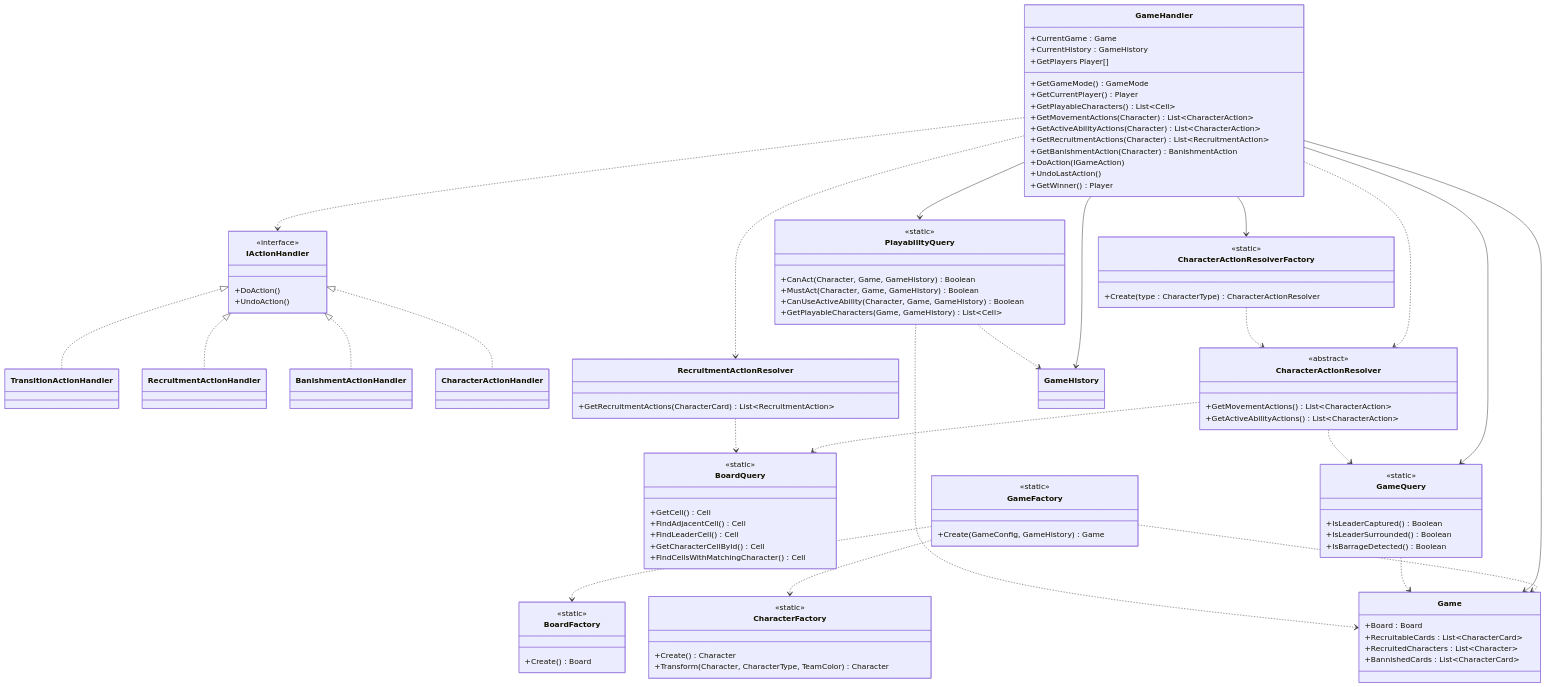
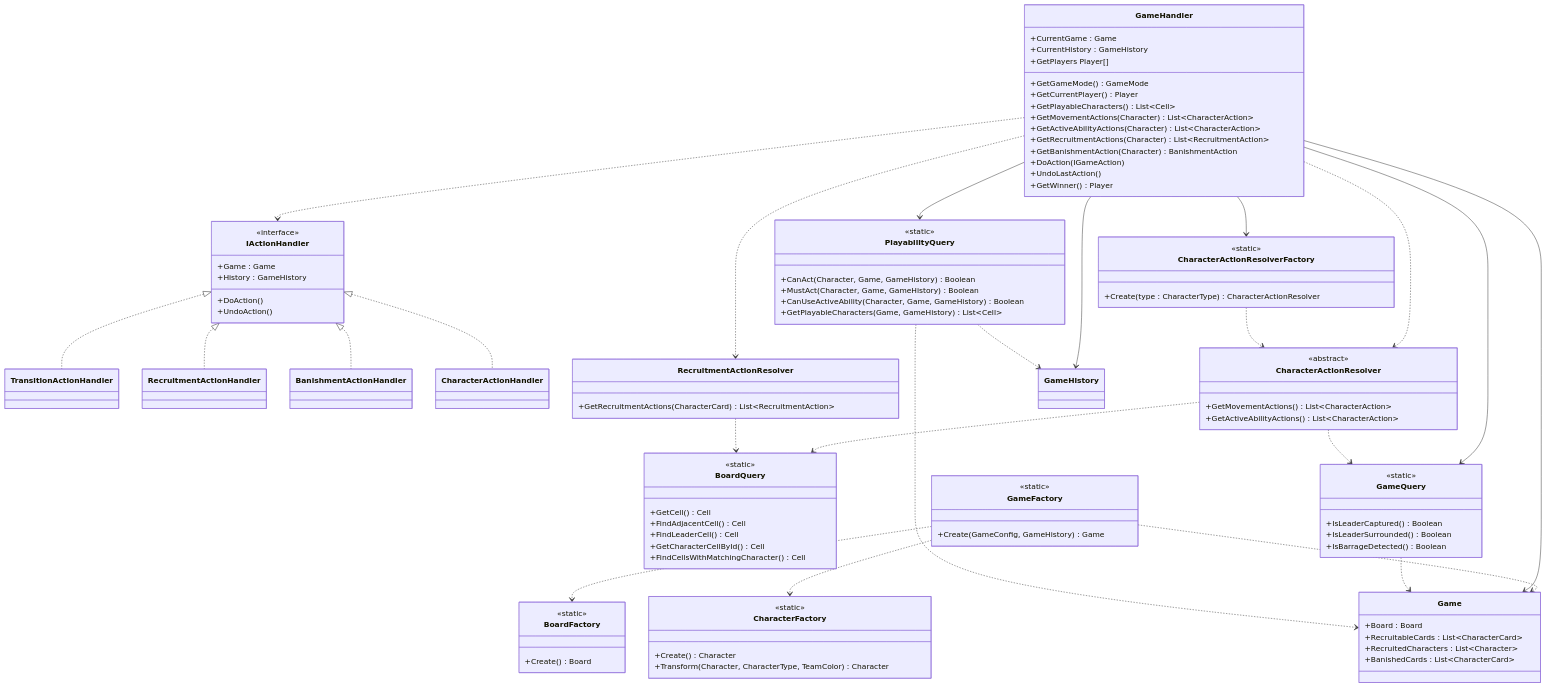
Before and after one commit to PaulRosselle/leaders_board_game: the diagram in docs/GameLogic/uml_logic_gamelogic.mmd, drawn with Mermaid. The commit also changed 13 other files, not shown here.

```diff
--- a/docs/GameLogic/uml_logic_gamelogic.mmd
+++ b/docs/GameLogic/uml_logic_gamelogic.mmd
@@ -1,125 +1,127 @@
 classDiagram
     direction TB
 
     %% Game
     class Game {
         +Board : Board
         +RecruitableCards : List~CharacterCard~
         +RecruitedCharacters : List~Character~
-        +BannishedCards : List~CharacterCard~
+        +BanishedCards : List~CharacterCard~
     }
 
     %% Handlers
     class IActionHandler {
         <<interface>>
+        +Game : Game
+        +History : GameHistory
         +DoAction()
         +UndoAction()
     }
     class TransitionActionHandler
     class RecruitmentActionHandler
     class BanishmentActionHandler
     class CharacterActionHandler
 
     %% Resolvers
     class CharacterActionResolver {
         <<abstract>>
         +GetMovementActions() List~CharacterAction~
         +GetActiveAbilityActions() List~CharacterAction~
     }
 
     class RecruitmentActionResolver {
         +GetRecruitmentActions(CharacterCard) List~RecruitmentAction~
     }
 
     %% Queries
     class BoardQuery {
         <<static>>
         +GetCell() Cell
         +FindAdjacentCell() Cell
         +FindLeaderCell() Cell
         +GetCharacterCellById() Cell
         +FindCellsWithMatchingCharacter() Cell
     }
 
     class GameQuery {
         <<static>>
         +IsLeaderCaptured() Boolean
         +IsLeaderSurrounded() Boolean
         +IsBarrageDetected() Boolean
     }
 
     class PlayabilityQuery {
         <<static>>
         +CanAct(Character, Game, GameHistory) Boolean
         +MustAct(Character, Game, GameHistory) Boolean
         +CanUseActiveAbility(Character, Game, GameHistory) Boolean
         +GetPlayableCharacters(Game, GameHistory) List~Cell~
     }
 
     %% Factories
     class BoardFactory {
         <<static>>
         +Create() Board
     }
     class GameFactory {
         <<static>>
         +Create(GameConfig, GameHistory) Game
     }
     class CharacterFactory {
         <<static>>
         +Create() Character
         +Transform(Character, CharacterType, TeamColor) Character
     }
     class CharacterActionResolverFactory {
         <<static>>
         +Create(type : CharacterType) CharacterActionResolver
     }
 
     %% GameHandler
     class GameHandler {
         +CurrentGame : Game
         +CurrentHistory : GameHistory
         +GetGameMode() GameMode
         +GetPlayers Player[]
         +GetCurrentPlayer() Player
         +GetPlayableCharacters() List~Cell~
         +GetMovementActions(Character) List~CharacterAction~
         +GetActiveAbilityActions(Character) List~CharacterAction~
         +GetRecruitmentActions(Character) List~RecruitmentAction~
         +GetBanishmentAction(Character) BanishmentAction
         +DoAction(IGameAction)
         +UndoLastAction()
         +GetWinner() Player
     }
 
     %% Héritage handlers
     IActionHandler <|.. TransitionActionHandler
     IActionHandler <|.. RecruitmentActionHandler
     IActionHandler <|.. BanishmentActionHandler
     IActionHandler <|.. CharacterActionHandler
 
     %% GameFactory
     GameFactory ..> BoardFactory
     GameFactory ..> CharacterFactory
     GameFactory ..> Game
 
     %% GameHandler
     GameHandler --> Game
     GameHandler --> GameHistory
     GameHandler --> CharacterActionResolverFactory
     GameHandler ..> CharacterActionResolver
     GameHandler ..> RecruitmentActionResolver
     GameHandler ..> IActionHandler
     GameHandler --> GameQuery
     GameHandler --> PlayabilityQuery
 
     %% Resolvers
     CharacterActionResolver ..> BoardQuery
     CharacterActionResolver ..> GameQuery
     RecruitmentActionResolver ..> BoardQuery
     CharacterActionResolverFactory ..> CharacterActionResolver
 
     %% Queries
     GameQuery ..> Game
     PlayabilityQuery ..> Game
     PlayabilityQuery ..> GameHistory
```
